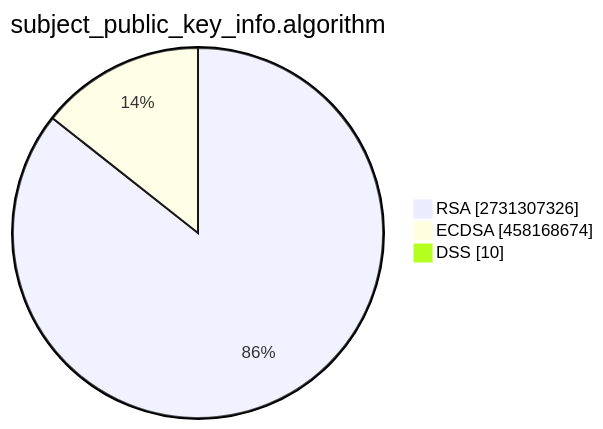
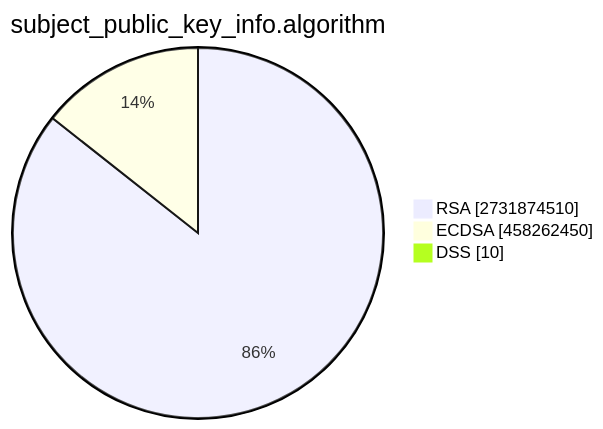
Before and after one commit to christiankrug/ctmonitor_visualization: the second of 15 diagrams in TOTAL/README.md, drawn with Mermaid. The commit also changed other lines of this file, not shown here.

````diff
--- a/TOTAL/README.md
+++ b/TOTAL/README.md
@@ -6,7 +6,7 @@
 ```mermaid
 pie showData
 title subject_public_key_info.algorithm
-"RSA" :2731307326
-"ECDSA" :458168674
+"RSA" :2731874510
+"ECDSA" :458262450
 "DSS" :10
 ```
````
